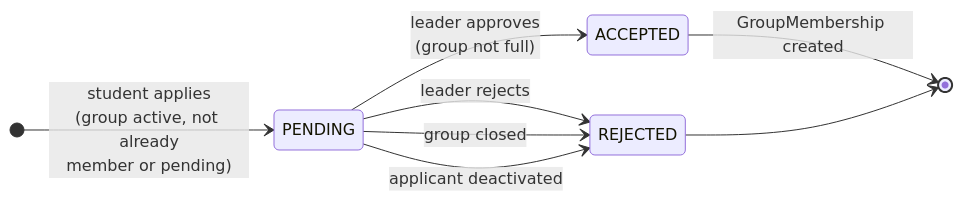
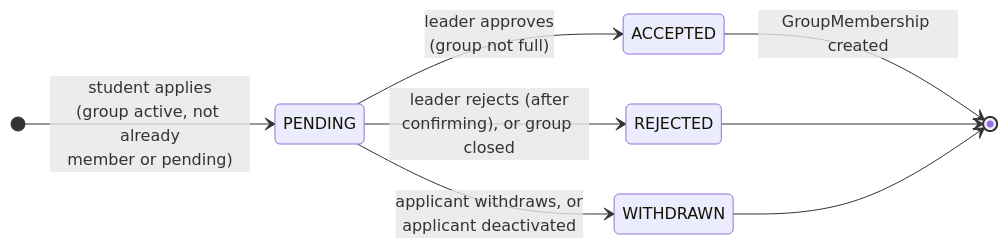
Before and after one commit to aryan12singh/study-buddy-matcher: the fifth of 12 diagrams in docs/diagrams/TEAM_C.md, drawn with Mermaid. The commit also changed other lines of this file, not shown here.

First line of the commit message:
docs: add withdraw, cancel and leave to the team c lifecycle diagrams

````diff
--- a/docs/diagrams/TEAM_C.md
+++ b/docs/diagrams/TEAM_C.md
@@ -197,11 +198,11 @@
 ```mermaid
 stateDiagram-v2
     direction LR
     [*] --> PENDING : student applies<br/>(group active, not already<br/>member or pending)
     PENDING --> ACCEPTED : leader approves<br/>(group not full)
-    PENDING --> REJECTED : leader rejects
-    PENDING --> REJECTED : group closed
-    PENDING --> REJECTED : applicant deactivated
+    PENDING --> REJECTED : leader rejects (after<br/>confirming), or group closed
+    PENDING --> WITHDRAWN : applicant withdraws, or<br/>applicant deactivated
     ACCEPTED --> [*] : GroupMembership created
     REJECTED --> [*]
+    WITHDRAWN --> [*]
 ```
````
